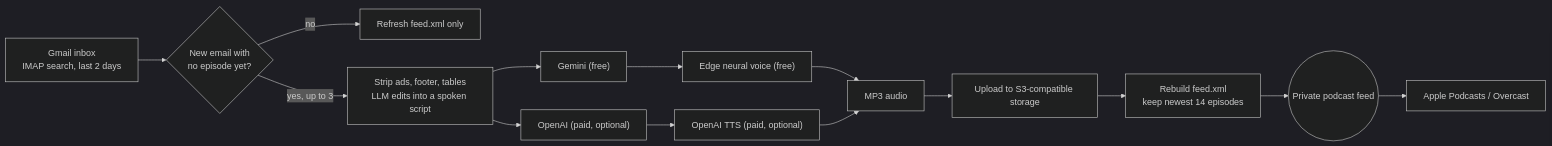
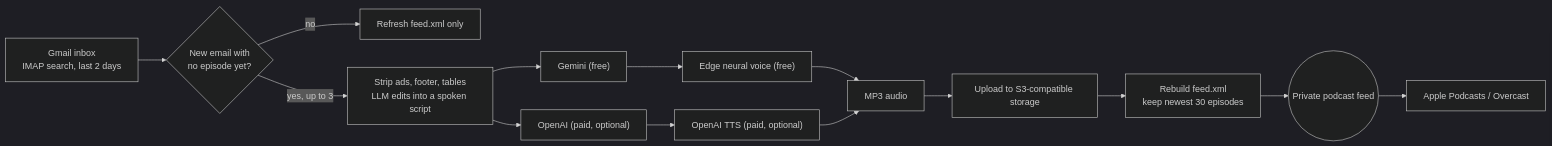
Before and after one commit to claudeforruben-cmd/morning-brew-audio: the diagram in README.md, drawn with Mermaid (dark theme). The commit also changed other lines of this file and 2 other files, not shown here.

````diff
--- a/README.md
+++ b/README.md
@@ -33,16 +36,16 @@
 ```mermaid
 flowchart LR
     A["Gmail inbox<br/>IMAP search, last 2 days"] --> B{"New email with<br/>no episode yet?"}
     B -->|no| Z["Refresh feed.xml only"]
     B -->|"yes, up to 3"| C["Strip ads, footer, tables<br/>LLM edits into a spoken script"]
     C --> D1["Gemini (free)"]
     C --> D2["OpenAI (paid, optional)"]
     D1 --> E1["Edge neural voice (free)"]
     D2 --> E2["OpenAI TTS (paid, optional)"]
     E1 --> F["MP3 audio"]
     E2 --> F
     F --> G["Upload to S3-compatible storage"]
-    G --> H["Rebuild feed.xml<br/>keep newest 14 episodes"]
+    G --> H["Rebuild feed.xml<br/>keep newest 30 episodes"]
     H --> I(("Private podcast feed"))
     I --> J["Apple Podcasts / Overcast"]
 ```
````
